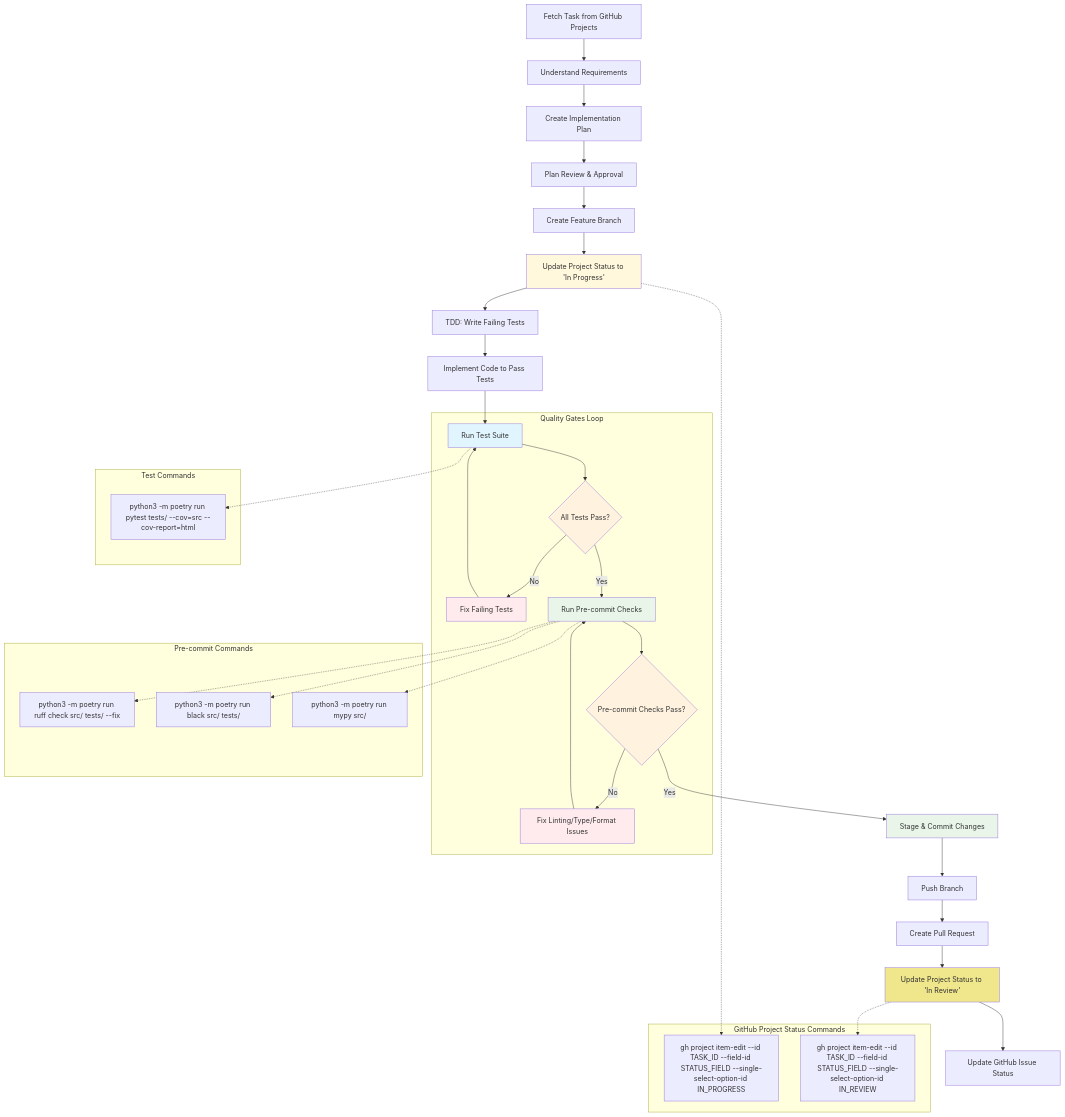
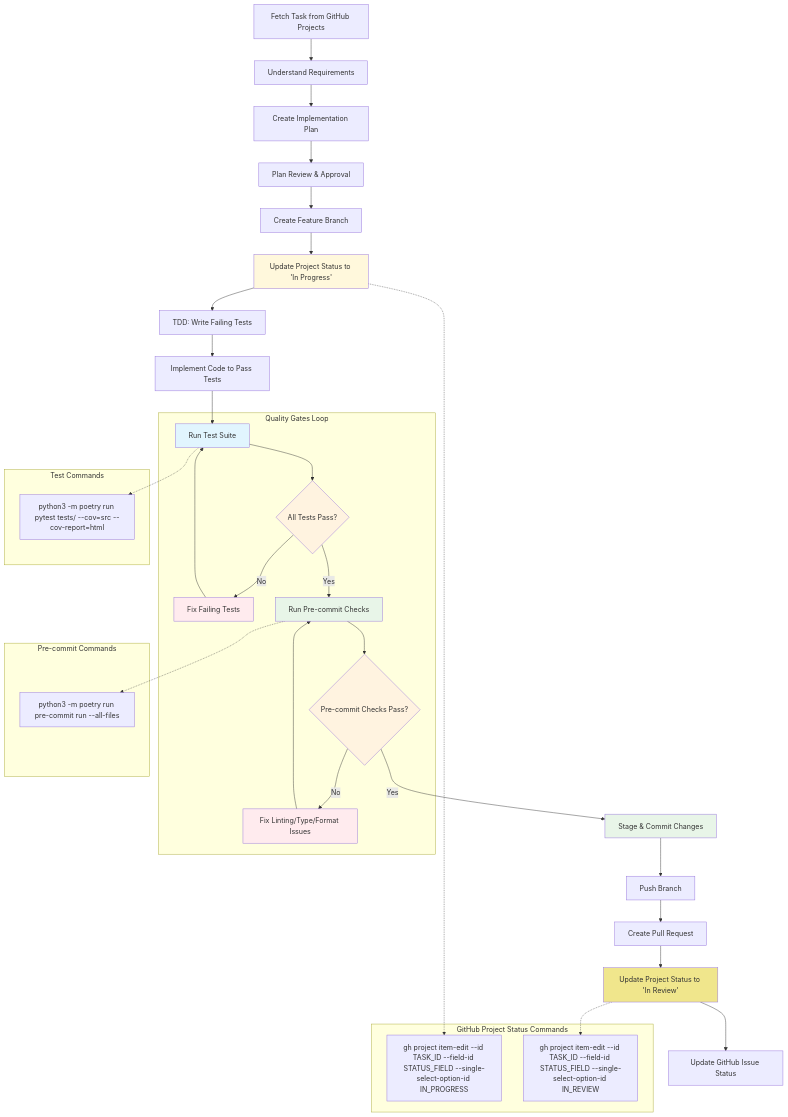
One commit to nhlongnguyen/mindbridge changed the diagram in CLAUDE.md. Above: the diagram before and after it, drawn with Mermaid. The commit also changed other lines of this file, not shown here.

First line of the commit message:
docs: Update workflow to use pre-commit command instead of individual tools

````diff
--- a/CLAUDE.md
+++ b/CLAUDE.md
@@ -427,67 +427,63 @@
 ```mermaid
 flowchart TD
     A[Fetch Task from GitHub Projects] --> B[Understand Requirements]
     B --> C[Create Implementation Plan]
     C --> D[Plan Review & Approval]
     D --> E[Create Feature Branch]
     E --> F[Update Project Status to 'In Progress']
     F --> G[TDD: Write Failing Tests]
     G --> H[Implement Code to Pass Tests]
     H --> I[Run Test Suite]
 
     I --> J{All Tests Pass?}
     J -->|No| K[Fix Failing Tests]
     K --> I
     J -->|Yes| L[Run Pre-commit Checks]
 
     L --> M{Pre-commit Checks Pass?}
     M -->|No| N[Fix Linting/Type/Format Issues]
     N --> L
     M -->|Yes| O[Stage & Commit Changes]
 
     O --> P[Push Branch]
     P --> Q[Create Pull Request]
     Q --> R[Update Project Status to 'In Review']
     R --> S[Update GitHub Issue Status]
 
     style I fill:#e1f5fe
     style J fill:#fff3e0
     style K fill:#ffebee
     style L fill:#e8f5e8
     style M fill:#fff3e0
     style N fill:#ffebee
     style O fill:#e8f5e8
     style F fill:#fff8dc
     style R fill:#f0e68c
 
     subgraph "Quality Gates Loop"
         I
         J
         K
         L
         M
         N
     end
 
     subgraph "Test Commands"
         T1["python3 -m poetry run pytest tests/ --cov=src --cov-report=html"]
     end
 
     subgraph "Pre-commit Commands"
-        P1["python3 -m poetry run ruff check src/ tests/ --fix"]
-        P2["python3 -m poetry run black src/ tests/"]
-        P3["python3 -m poetry run mypy src/"]
+        P1["python3 -m poetry run pre-commit run --all-files"]
     end
 
     subgraph "GitHub Project Status Commands"
         F1["gh project item-edit --id TASK_ID --field-id STATUS_FIELD --single-select-option-id IN_PROGRESS"]
         R1["gh project item-edit --id TASK_ID --field-id STATUS_FIELD --single-select-option-id IN_REVIEW"]
     end
 
     I -.-> T1
     L -.-> P1
-    L -.-> P2
-    L -.-> P3
     F -.-> F1
     R -.-> R1
 ```
````
